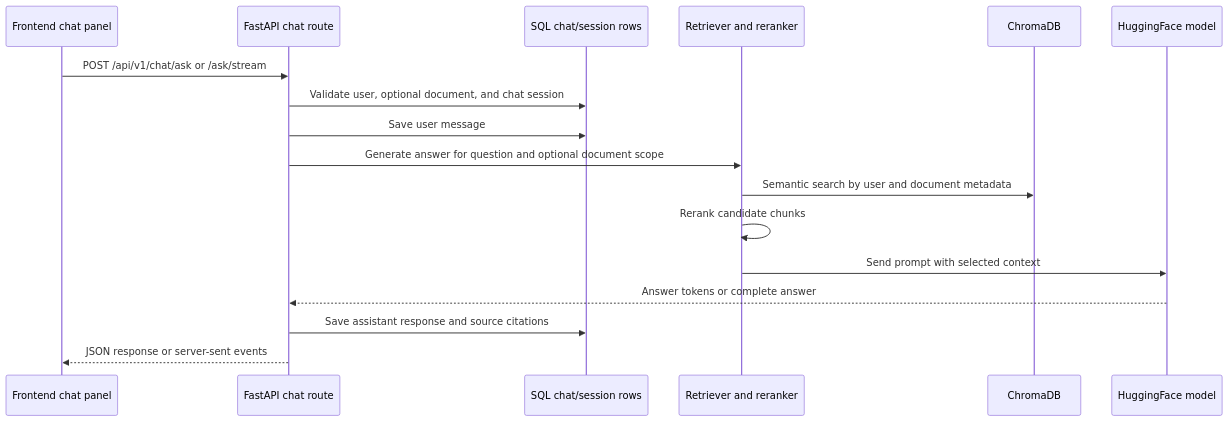
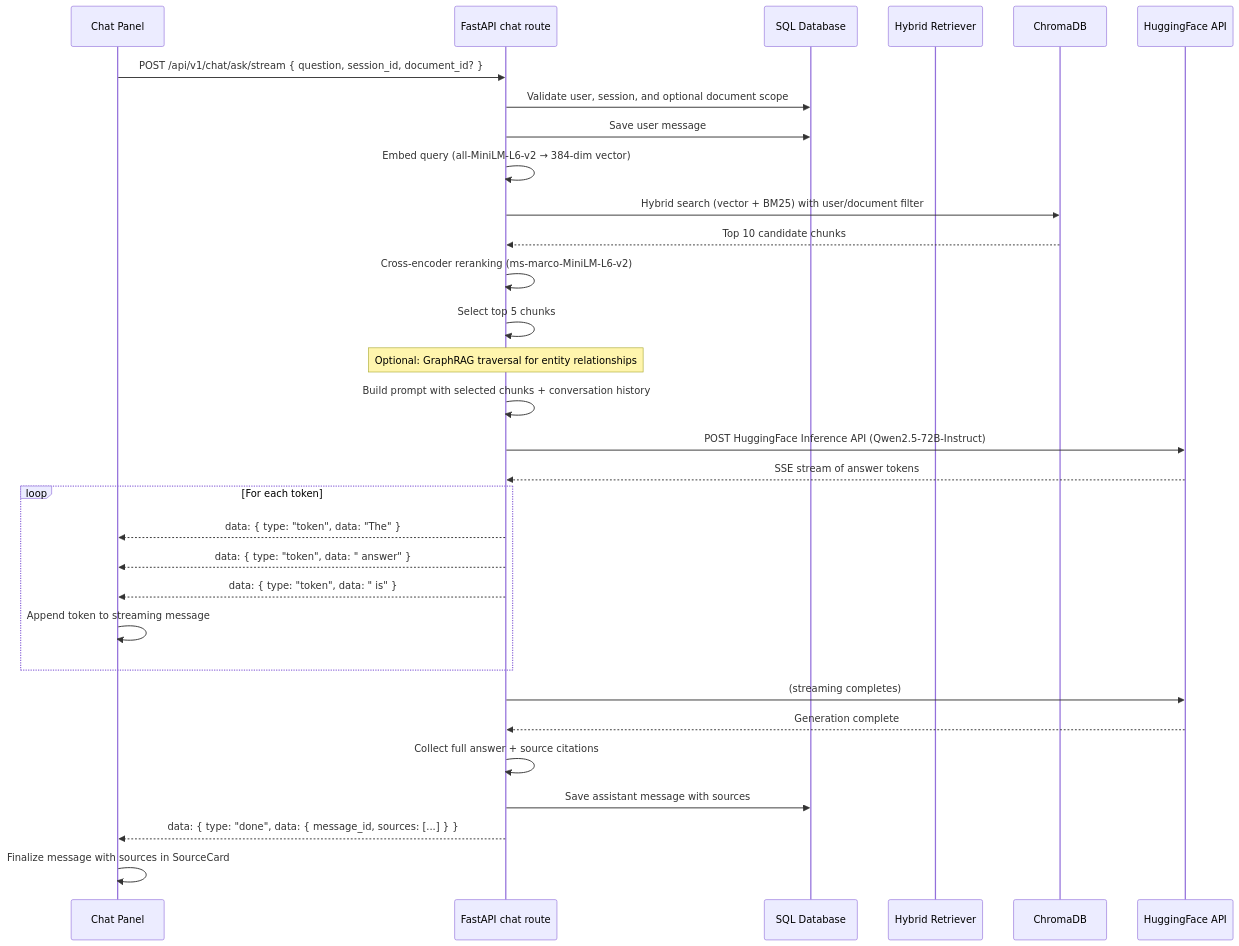
Before and after one commit to param20h/PDF-Assistant-RAG: the tenth of 11 diagrams in docs/ARCHITECTURE.md, drawn with Mermaid. The commit also changed other lines of this file, not shown here.

First line of the commit message:
docs: create comprehensive ARCHITECTURE.md documentation

````diff
--- a/docs/ARCHITECTURE.md
+++ b/docs/ARCHITECTURE.md
@@ -81,20 +884,40 @@
 ```mermaid
 sequenceDiagram
-    participant UI as Frontend chat panel
+    participant UI as Chat Panel
     participant API as FastAPI chat route
-    participant DB as SQL chat/session rows
-    participant Retriever as Retriever and reranker
+    participant DB as SQL Database
+    participant Retriever as Hybrid Retriever
     participant Vector as ChromaDB
-    participant LLM as HuggingFace model
+    participant LLM as HuggingFace API
 
-    UI->>API: POST /api/v1/chat/ask or /ask/stream
-    API->>DB: Validate user, optional document, and chat session
+    UI->>API: POST /api/v1/chat/ask/stream { question, session_id, document_id? }
+    API->>DB: Validate user, session, and optional document scope
     API->>DB: Save user message
-    API->>Retriever: Generate answer for question and optional document scope
-    Retriever->>Vector: Semantic search by user and document metadata
-    Retriever->>Retriever: Rerank candidate chunks
-    Retriever->>LLM: Send prompt with selected context
-    LLM-->>API: Answer tokens or complete answer
-    API->>DB: Save assistant response and source citations
-    API-->>UI: JSON response or server-sent events
+    API->>API: Embed query (all-MiniLM-L6-v2 → 384-dim vector)
+    API->>Vector: Hybrid search (vector + BM25) with user/document filter
+    Vector-->>API: Top 10 candidate chunks
+
+    API->>API: Cross-encoder reranking (ms-marco-MiniLM-L6-v2)
+    API->>API: Select top 5 chunks
+
+    Note over API: Optional: GraphRAG traversal for entity relationships
+
+    API->>API: Build prompt with selected chunks + conversation history
+    API->>LLM: POST HuggingFace Inference API (Qwen2.5-72B-Instruct)
+    LLM-->>API: SSE stream of answer tokens
+
+    loop For each token
+        API-->>UI: data: { type: "token", data: "The" }
+        API-->>UI: data: { type: "token", data: " answer" }
+        API-->>UI: data: { type: "token", data: " is" }
+        UI->>UI: Append token to streaming message
+    end
+
+    API->>LLM: (streaming completes)
+    LLM-->>API: Generation complete
+    API->>API: Collect full answer + source citations
+    API->>DB: Save assistant message with sources
+    API-->>UI: data: { type: "done", data: { message_id, sources: [...] } }
+
+    UI->>UI: Finalize message with sources in SourceCard
 ```
````
